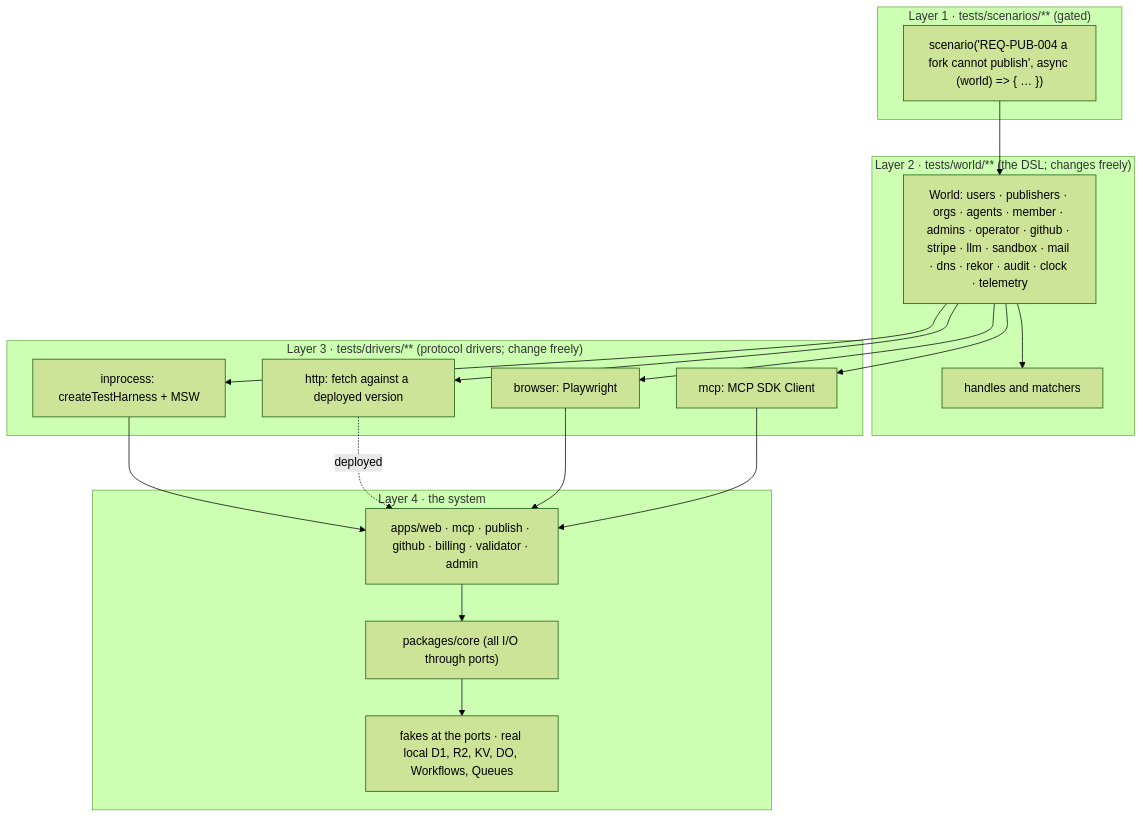
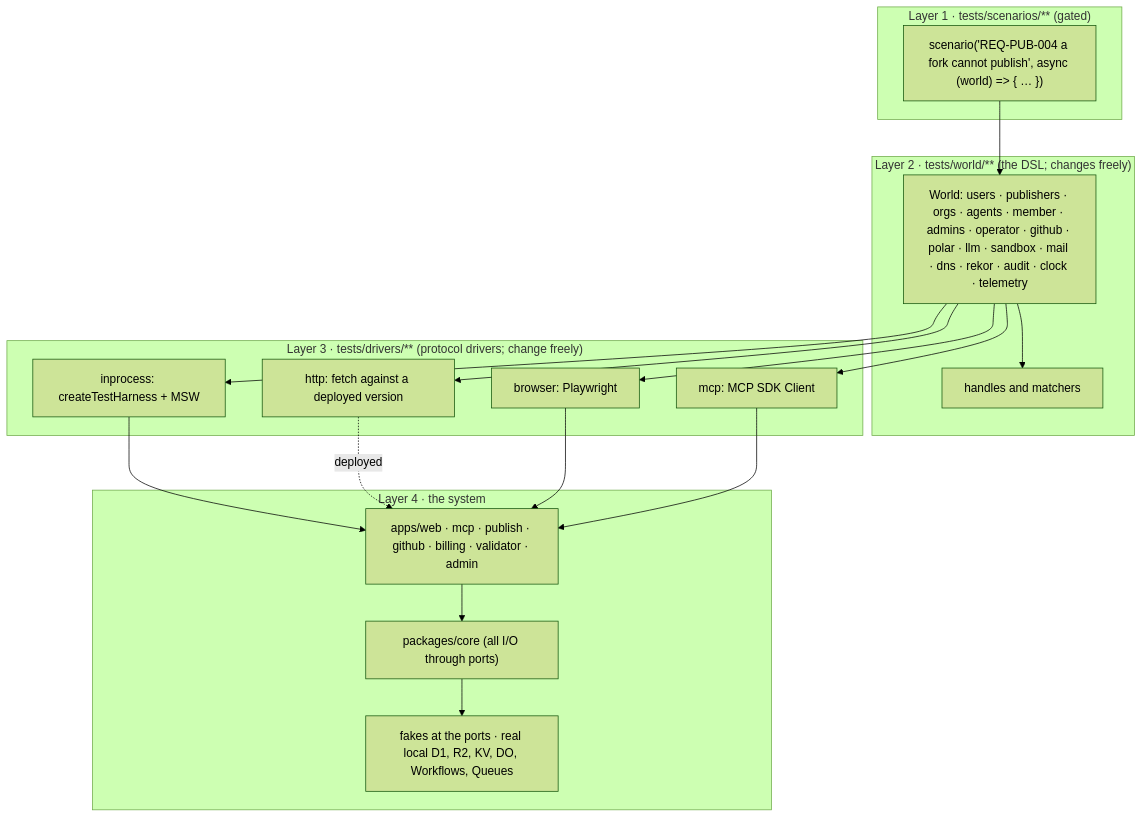
Before and after one commit to Claudinite/PackServer: the diagram in docs/testing/README.md, drawn with Mermaid (forest theme). The commit also changed other lines of this file and 4 other files, not shown here.

````diff
--- a/docs/testing/README.md
+++ b/docs/testing/README.md
@@ -53,28 +53,28 @@
 ```mermaid
 flowchart TB
   subgraph L1["Layer 1 · tests/scenarios/**  (gated)"]
     S["scenario('REQ-PUB-004 a fork cannot publish', async (world) => { … })"]
   end
   subgraph L2["Layer 2 · tests/world/**  (the DSL; changes freely)"]
-    W["World: users · publishers · orgs · agents · member · admins · operator · github · stripe · llm · sandbox · mail · dns · rekor · audit · clock · telemetry"]
+    W["World: users · publishers · orgs · agents · member · admins · operator · github · polar · llm · sandbox · mail · dns · rekor · audit · clock · telemetry"]
     M["handles and matchers"]
   end
   subgraph L3["Layer 3 · tests/drivers/**  (protocol drivers; change freely)"]
     D1["inprocess: createTestHarness + MSW"]
     D2["http: fetch against a deployed version"]
     D3["browser: Playwright"]
     D4["mcp: MCP SDK Client"]
   end
   subgraph L4["Layer 4 · the system"]
     A["apps/web · mcp · publish · github · billing · validator · admin"]
     C["packages/core (all I/O through ports)"]
     F["fakes at the ports · real local D1, R2, KV, DO, Workflows, Queues"]
   end
   S --> W --> M
   W --> D1 & D2 & D3 & D4
   D1 --> A
   D2 -.deployed.-> A
   D3 --> A
   D4 --> A
   A --> C --> F
 ```
````
